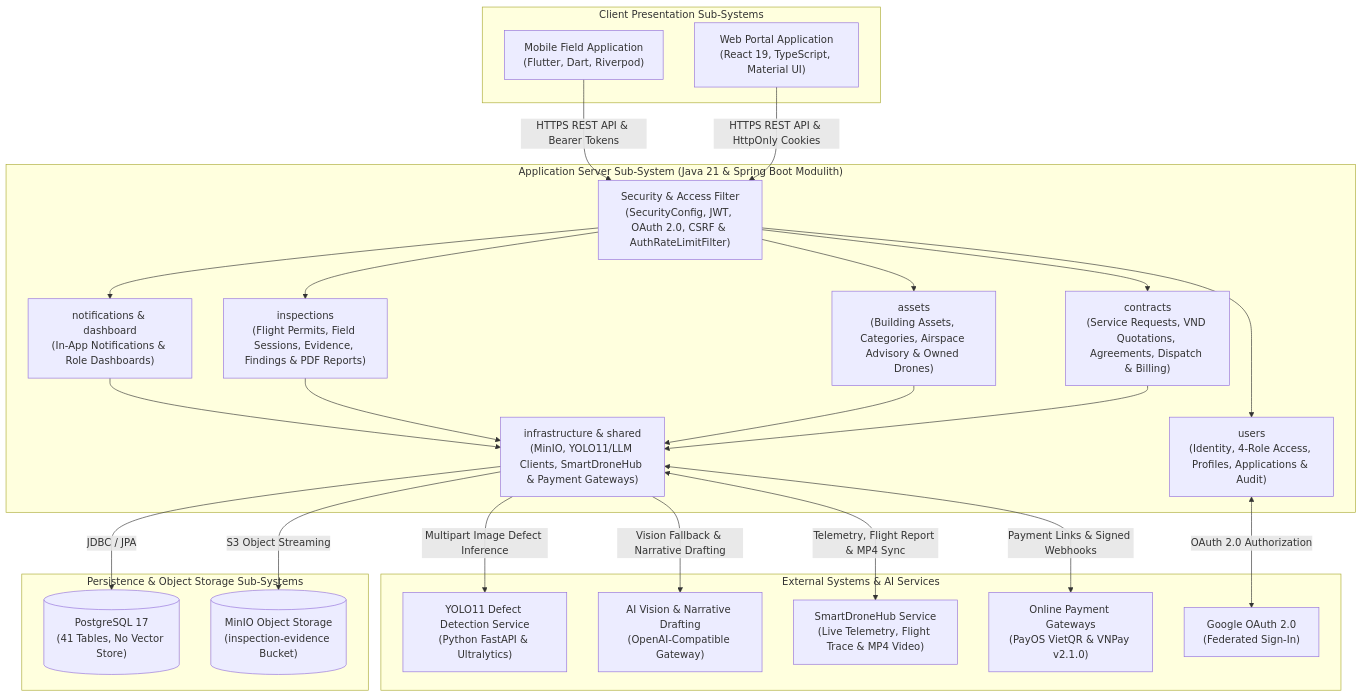
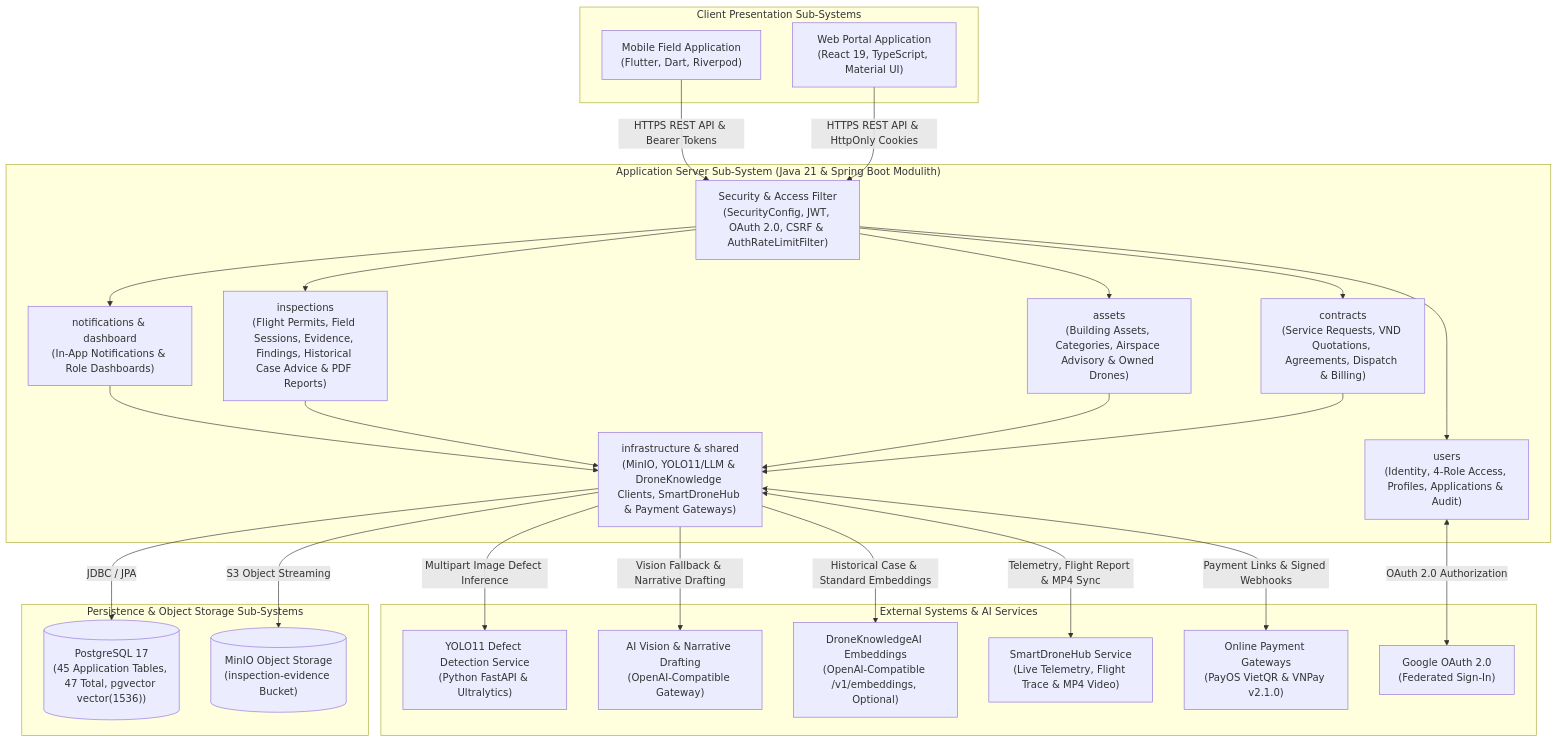
One commit to tungbach12/SmartDroneInspection-Docs changed the first of 4 diagrams in reports/report-4-software-design-document/01-system-design.md. Above: the diagram before and after it, drawn with Mermaid. The commit also changed other lines of this file and 121 other files, not shown here.

Commit message:
docs(reports): synchronize Reports 1-7, Report 7 expansion, and DroneKnowledgeAI specs

````diff
--- a/reports/report-4-software-design-document/01-system-design.md
+++ b/reports/report-4-software-design-document/01-system-design.md
@@ -18,53 +18,55 @@
 ```mermaid
 %% title: System Architecture Diagram
 flowchart TD
   subgraph Clients["Client Presentation Sub-Systems"]
     CLIENT_WEB["Web Portal Application\n(React 19, TypeScript, Material UI)"]
     CLIENT_MOB["Mobile Field Application\n(Flutter, Dart, Riverpod)"]
   end
 
   subgraph Backend["Application Server Sub-System (Java 21 & Spring Boot Modulith)"]
     SEC_FILTER["Security & Access Filter\n(SecurityConfig, JWT, OAuth 2.0, CSRF & AuthRateLimitFilter)"]
     MOD_USERS["users\n(Identity, 4-Role Access, Profiles, Applications & Audit)"]
     MOD_CONTRACTS["contracts\n(Service Requests, VND Quotations, Agreements, Dispatch & Billing)"]
     MOD_ASSETS["assets\n(Building Assets, Categories, Airspace Advisory & Owned Drones)"]
-    MOD_INSP["inspections\n(Flight Permits, Field Sessions, Evidence, Findings & PDF Reports)"]
+    MOD_INSP["inspections\n(Flight Permits, Field Sessions, Evidence, Findings, Historical Case Advice & PDF Reports)"]
     MOD_NOTIF["notifications & dashboard\n(In-App Notifications & Role Dashboards)"]
-    MOD_INFRA["infrastructure & shared\n(MinIO, YOLO11/LLM Clients, SmartDroneHub & Payment Gateways)"]
+    MOD_INFRA["infrastructure & shared\n(MinIO, YOLO11/LLM & DroneKnowledge Clients, SmartDroneHub & Payment Gateways)"]
   end
 
   subgraph DataAndStorage["Persistence & Object Storage Sub-Systems"]
-    DB_PG[("PostgreSQL 17\n(41 Tables, No Vector Store)")]
+    DB_PG[("PostgreSQL 17\n(45 Application Tables, 47 Total, pgvector vector(1536))")]
     STORE_MINIO[("MinIO Object Storage\n(inspection-evidence Bucket)")]
   end
 
   subgraph ExternalAndAI["External Systems & AI Services"]
     AI_SERVICE["YOLO11 Defect Detection Service\n(Python FastAPI & Ultralytics)"]
     LLM_GATEWAY["AI Vision & Narrative Drafting\n(OpenAI-Compatible Gateway)"]
+    KNOWLEDGE_AI["DroneKnowledgeAI Embeddings\n(OpenAI-Compatible /v1/embeddings, Optional)"]
     DRONE_HUB["SmartDroneHub Service\n(Live Telemetry, Flight Trace & MP4 Video)"]
     PAY_GATEWAY["Online Payment Gateways\n(PayOS VietQR & VNPay v2.1.0)"]
     GOOGLE_OAUTH["Google OAuth 2.0\n(Federated Sign-In)"]
   end
 
   CLIENT_WEB -->|"HTTPS REST API & HttpOnly Cookies"| SEC_FILTER
   CLIENT_MOB -->|"HTTPS REST API & Bearer Tokens"| SEC_FILTER
 
   SEC_FILTER --> MOD_USERS
   SEC_FILTER --> MOD_CONTRACTS
   SEC_FILTER --> MOD_ASSETS
   SEC_FILTER --> MOD_INSP
   SEC_FILTER --> MOD_NOTIF
 
   MOD_CONTRACTS --> MOD_INFRA
   MOD_ASSETS --> MOD_INFRA
   MOD_INSP --> MOD_INFRA
   MOD_NOTIF --> MOD_INFRA
 
   MOD_INFRA -->|"JDBC / JPA"| DB_PG
   MOD_INFRA -->|"S3 Object Streaming"| STORE_MINIO
   MOD_INFRA -->|"Multipart Image Defect Inference"| AI_SERVICE
   MOD_INFRA -->|"Vision Fallback & Narrative Drafting"| LLM_GATEWAY
+  MOD_INFRA -->|"Historical Case & Standard Embeddings"| KNOWLEDGE_AI
   MOD_INFRA <-->|"Telemetry, Flight Report & MP4 Sync"| DRONE_HUB
   MOD_INFRA <-->|"Payment Links & Signed Webhooks"| PAY_GATEWAY
   MOD_USERS <-->|"OAuth 2.0 Authorization"| GOOGLE_OAUTH
 ```
````
